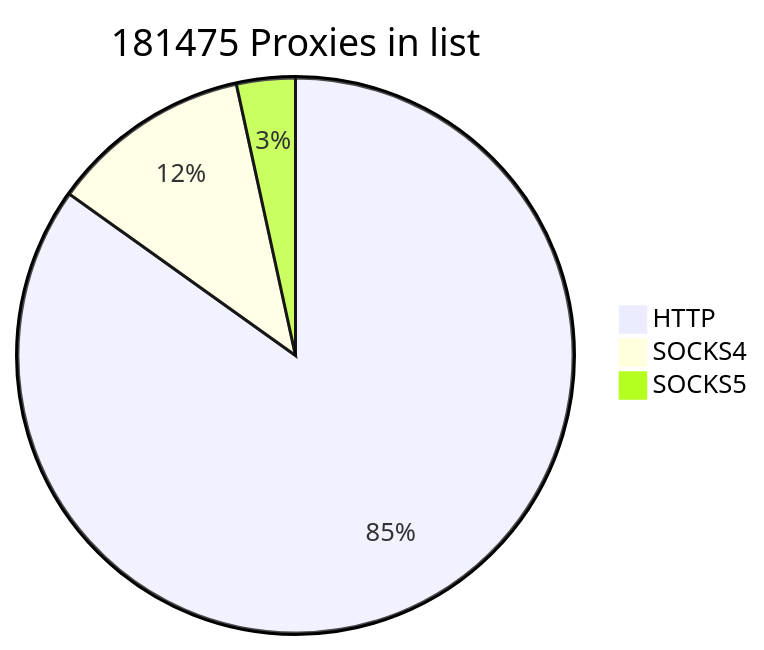
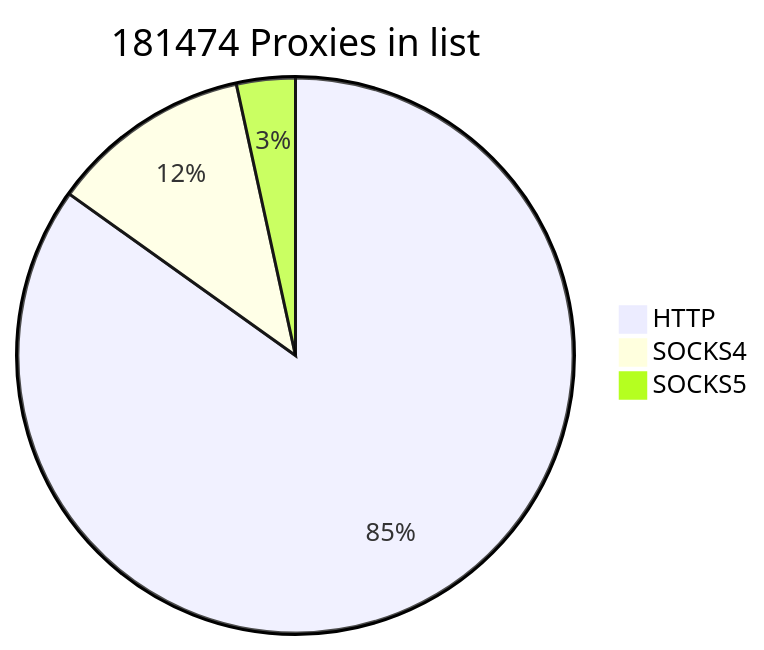
One commit to cutipu/proxylist changed the first of 2 diagrams in README.md. Above: the diagram before and after it, drawn with Mermaid. The commit also changed other lines of this file, not shown here.

````diff
--- a/README.md
+++ b/README.md
@@ -2,7 +2,7 @@
 ```mermaid
-pie title 181475 Proxies in list
+pie title 181474 Proxies in list
     "HTTP" : 154017
-    "SOCKS4" : 21258
-    "SOCKS5" : 6200
+    "SOCKS4" : 21256
+    "SOCKS5" : 6201
             
 ```
````
